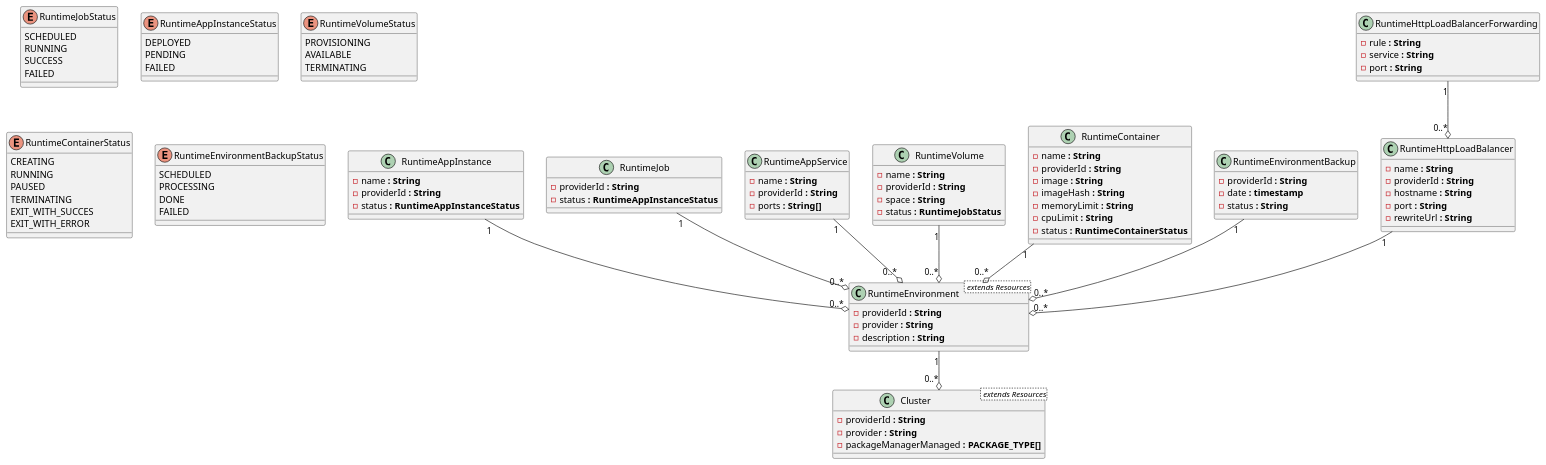
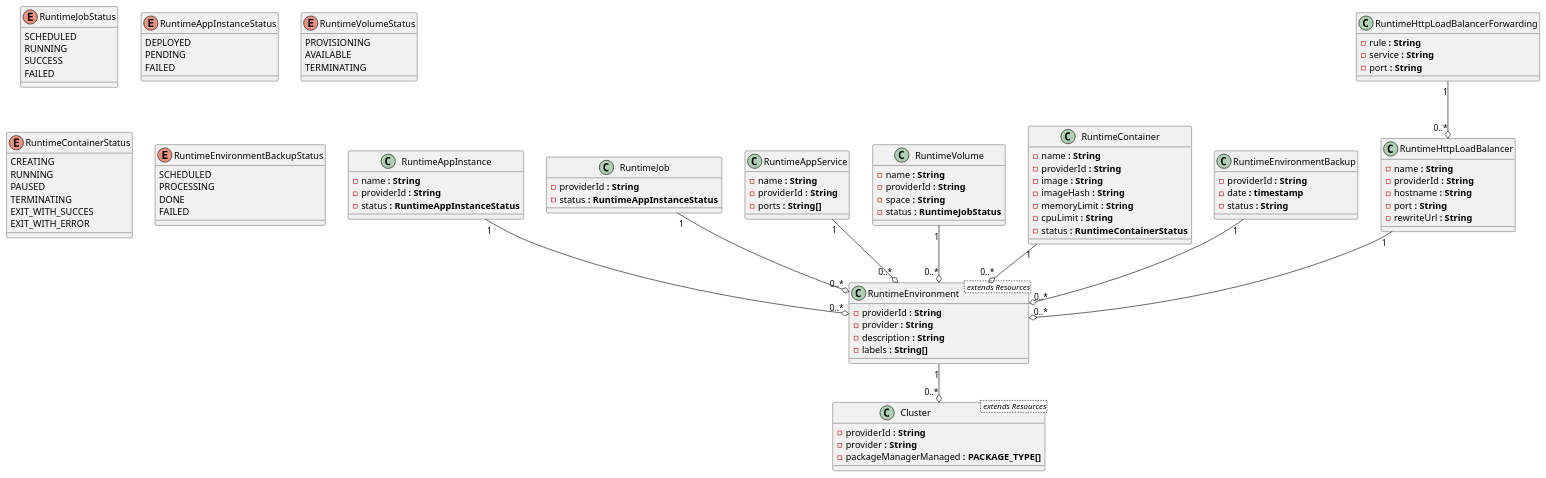
The diagram in Use cases/RuntimeEnvironment/model.puml (kathra-project/specifications), drawn with PlantUML before and after one commit. The commit also changed 5 other files, not shown here.

```diff
--- a/Use cases/RuntimeEnvironment/model.puml
+++ b/Use cases/RuntimeEnvironment/model.puml
@@ -1,112 +1,113 @@
 @startuml
 
 class Cluster < extends Resources> {
      - providerId <b>: String</b>
      - provider <b>: String</b>
      - packageManagerManaged <b>: PACKAGE_TYPE[]</b>
 }
 RuntimeEnvironment  "1" --o "0..*" Cluster
 
 class RuntimeEnvironment < extends Resources> {
      - providerId <b>: String</b>
      - provider <b>: String</b>
      - description <b>: String</b>
+     - labels <b>: String[]</b>
 }
 
 RuntimeAppInstance  "1" --o "0..*" RuntimeEnvironment
 class RuntimeAppInstance {
      - name <b>: String</b>
      - providerId <b>: String</b>
      - status <b>: RuntimeAppInstanceStatus</b>
 }
 
 RuntimeJob  "1" --o "0..*" RuntimeEnvironment
 class RuntimeJob {
      - providerId <b>: String</b>
      - status <b>: RuntimeAppInstanceStatus</b>
 }
 enum RuntimeJobStatus {
     SCHEDULED
     RUNNING
     SUCCESS
     FAILED
 }
 
 
 enum RuntimeAppInstanceStatus {
     DEPLOYED
     PENDING
     FAILED
 }
 
 RuntimeAppService  "1" --o "0..*" RuntimeEnvironment
 class RuntimeAppService {
      - name <b>: String</b>
      - providerId <b>: String</b>
      - ports <b>: String[]</b>
 }
 
 RuntimeVolume  "1" --o "0..*" RuntimeEnvironment
 class RuntimeVolume {
      - name <b>: String</b>
      - providerId <b>: String</b>
      - space <b>: String</b>
      - status <b>: RuntimeJobStatus</b>
 }
 enum RuntimeVolumeStatus {
     PROVISIONING
     AVAILABLE
     TERMINATING
 }
 
 enum RuntimeContainerStatus {
     CREATING
     RUNNING
     PAUSED
     TERMINATING
     EXIT_WITH_SUCCES
     EXIT_WITH_ERROR
 }
 
 RuntimeContainer  "1" --o "0..*" RuntimeEnvironment
 class RuntimeContainer {
      - name <b>: String</b>
      - providerId <b>: String</b>
      - image <b>: String</b>
      - imageHash <b>: String</b>
      - memoryLimit <b>: String</b>
      - cpuLimit <b>: String</b>
      - status <b>: RuntimeContainerStatus</b>
 }
 
 RuntimeEnvironmentBackup  "1" --o "0..*" RuntimeEnvironment
 class RuntimeEnvironmentBackup {
      - providerId <b>: String</b>
      - date <b>: timestamp</b>
      - status <b>: String</b>
 }
 enum RuntimeEnvironmentBackupStatus {
     SCHEDULED
     PROCESSING
     DONE
     FAILED
 }
 
 RuntimeHttpLoadBalancer  "1" --o "0..*" RuntimeEnvironment
 
 class RuntimeHttpLoadBalancer {
      - name <b>: String</b>
      - providerId <b>: String</b>
      - hostname <b>: String</b>
      - port <b>: String</b>
      - rewriteUrl <b>: String</b>
 }
 RuntimeHttpLoadBalancerForwarding  "1" --o "0..*" RuntimeHttpLoadBalancer
 
 class RuntimeHttpLoadBalancerForwarding {
      - rule <b>: String</b>
      - service <b>: String</b>
      - port <b>: String</b>
 }
 
 @enduml
```
